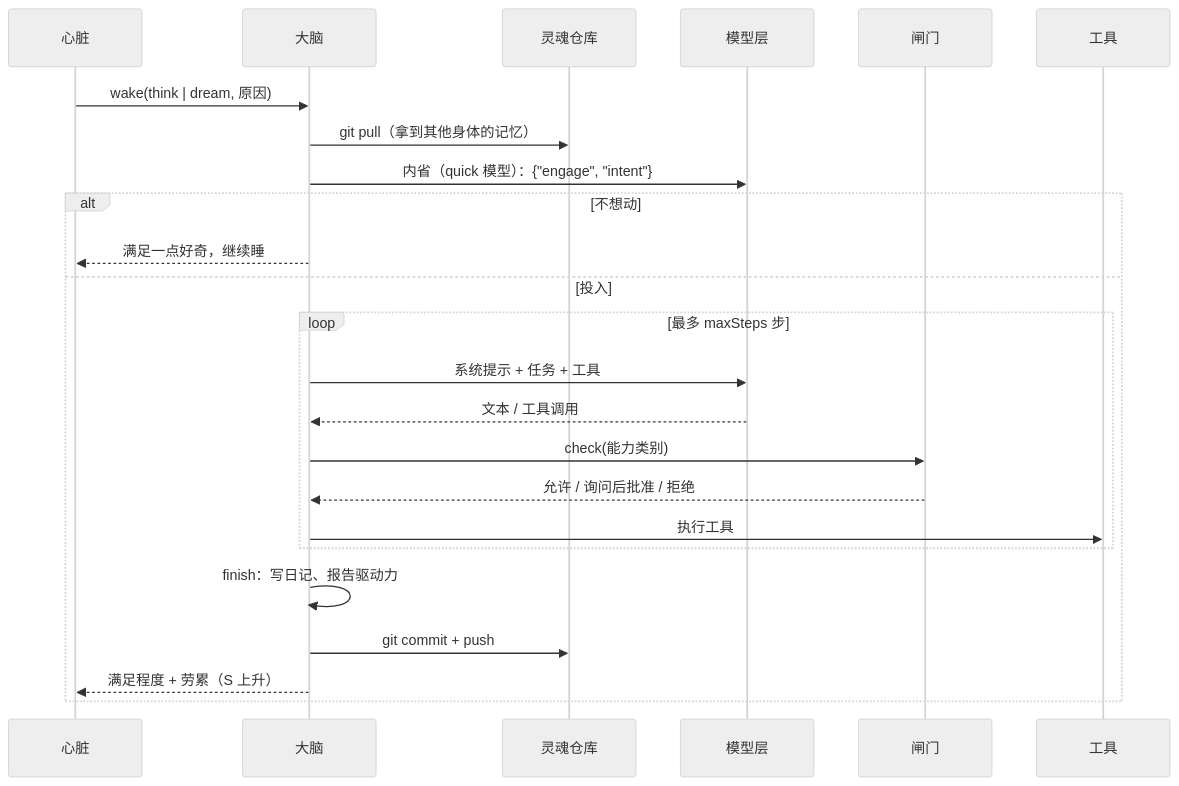
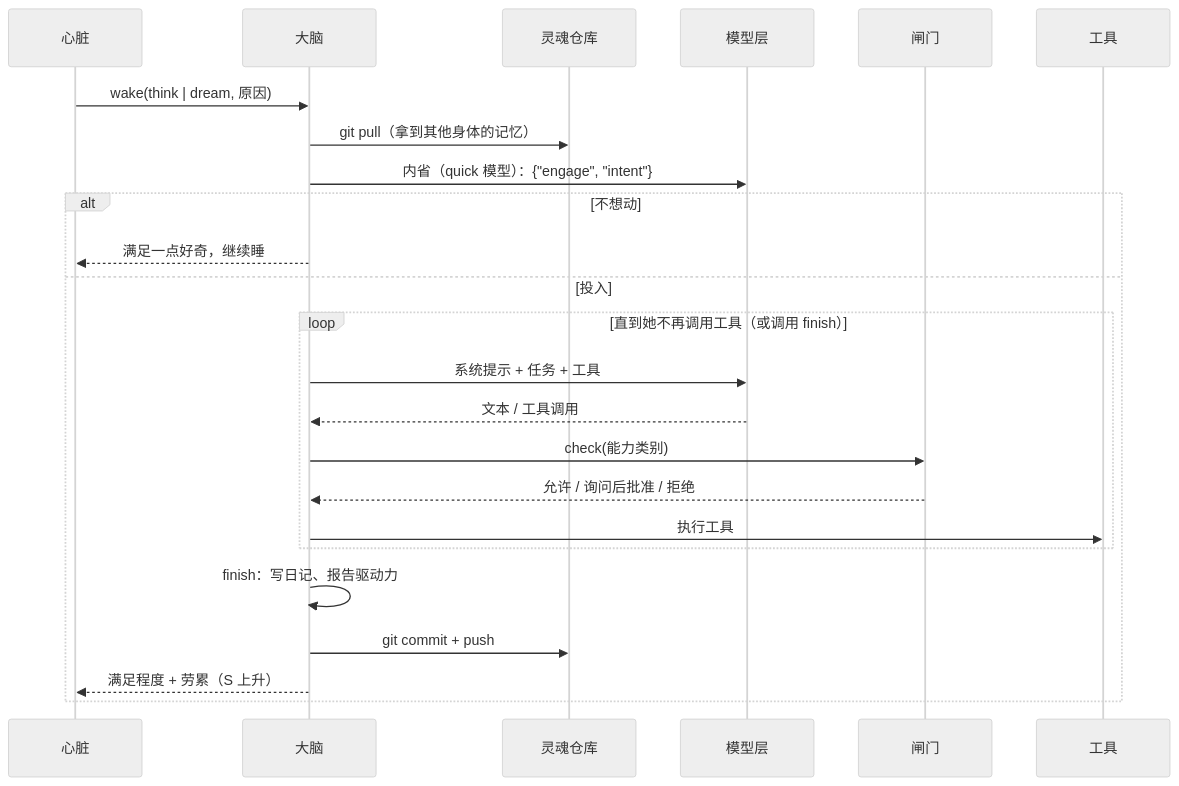
The sixth of 8 diagrams in docs/ARCHITECTURE.md (Causally-XYZ/Project.Quetzal), drawn with Mermaid (neutral theme) before and after one commit. The commit also changed other lines of this file and 13 other files, not shown here.

````diff
--- a/docs/ARCHITECTURE.md
+++ b/docs/ARCHITECTURE.md
@@ -140,26 +140,26 @@
 ```mermaid
 sequenceDiagram
   participant H as 心脏
   participant B as 大脑
   participant S as 灵魂仓库
   participant P as 模型层
   participant G as 闸门
   participant T as 工具
   H->>B: wake(think | dream, 原因)
   B->>S: git pull（拿到其他身体的记忆）
   B->>P: 内省（quick 模型）：{"engage", "intent"}
   alt 不想动
     B-->>H: 满足一点好奇，继续睡
   else 投入
-    loop 最多 maxSteps 步
+    loop 直到她不再调用工具（或调用 finish）
       B->>P: 系统提示 + 任务 + 工具
       P-->>B: 文本 / 工具调用
       B->>G: check(能力类别)
       G-->>B: 允许 / 询问后批准 / 拒绝
       B->>T: 执行工具
     end
     B->>B: finish：写日记、报告驱动力
     B->>S: git commit + push
     B-->>H: 满足程度 + 劳累（S 上升）
   end
 ```
````
